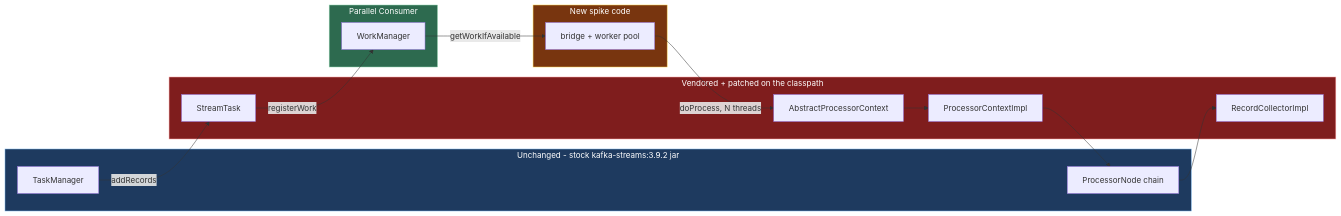
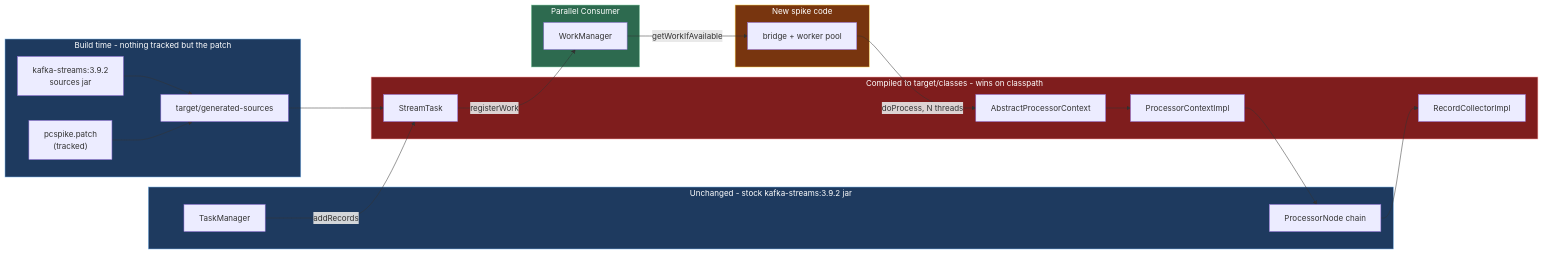
One commit to astubbs/parallel-consumer changed the first of 2 diagrams in docs/plans/2026-08-08-001-feat-ks-on-pc-spike-plan.md. Above: the diagram before and after it, drawn with Mermaid. The commit also changed other lines of this file, not shown here.

````diff
--- a/docs/plans/2026-08-08-001-feat-ks-on-pc-spike-plan.md
+++ b/docs/plans/2026-08-08-001-feat-ks-on-pc-spike-plan.md
@@ -211,31 +203,41 @@
 ```mermaid
 flowchart LR
+    subgraph src["Build time - nothing tracked but the patch"]
+        JAR["kafka-streams:3.9.2<br/>sources jar"]
+        PATCH["pcspike.patch<br/>(tracked)"]
+        GEN["target/generated-sources"]
+    end
     subgraph unchanged["Unchanged - stock kafka-streams:3.9.2 jar"]
         TM["TaskManager"]
         PN["ProcessorNode chain"]
     end
-    subgraph vendored["Vendored + patched on the classpath"]
+    subgraph patched["Compiled to target/classes - wins on classpath"]
         ST["StreamTask"]
         APC["AbstractProcessorContext"]
         PCI["ProcessorContextImpl"]
         RC["RecordCollectorImpl"]
     end
     subgraph bridgebox["New spike code"]
         BR["bridge + worker pool"]
     end
     subgraph pc["Parallel Consumer"]
         WM["WorkManager"]
     end
 
+    JAR --> GEN
+    PATCH --> GEN
+    GEN --> ST
+
     TM -->|"addRecords"| ST
     ST -->|"registerWork"| WM
     WM -->|"getWorkIfAvailable"| BR
     BR -->|"doProcess, N threads"| APC
     APC --> PCI --> PN
     PN --> RC
 
+    style src fill:#1e3a5f,stroke:#7cb3e8,color:#fff
     style unchanged fill:#1e3a5f,stroke:#7cb3e8,color:#fff
-    style vendored fill:#7f1d1d,stroke:#fca5a5,color:#fff
+    style patched fill:#7f1d1d,stroke:#fca5a5,color:#fff
     style pc fill:#2d6a4f,stroke:#95d5b2,color:#fff
     style bridgebox fill:#78350f,stroke:#fcd34d,color:#fff
 ```
````
